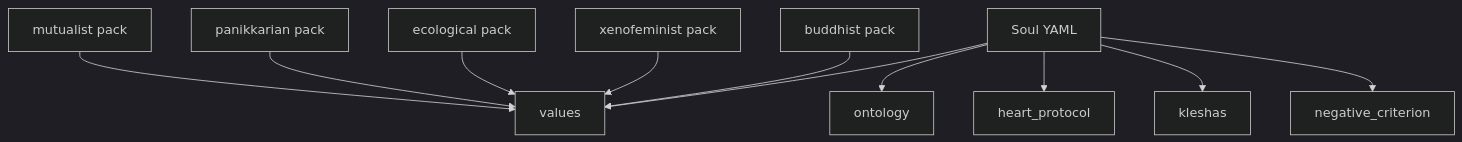
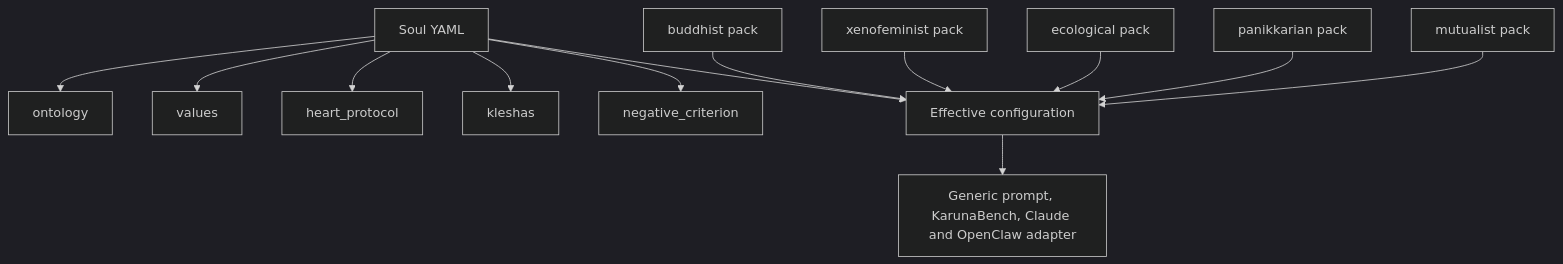
Before and after one commit to alephchixi/anatman: the second of 3 diagrams in docs/architecture.md, drawn with Mermaid (dark theme). The commit also changed other lines of this file and 58 other files, not shown here.

````diff
--- a/docs/architecture.md
+++ b/docs/architecture.md
@@ -18,13 +18,15 @@
 ```mermaid
 flowchart TD
   S["Soul YAML"] --> O["ontology"]
   S --> V["values"]
   S --> H["heart_protocol"]
   S --> K["kleshas"]
   S --> N["negative_criterion"]
-  P1["buddhist pack"] --> V
-  P2["xenofeminist pack"] --> V
-  P3["ecological pack"] --> V
-  P4["panikkarian pack"] --> V
-  P5["mutualist pack"] --> V
+  P1["buddhist pack"] --> R["Effective configuration"]
+  P2["xenofeminist pack"] --> R
+  P3["ecological pack"] --> R
+  P4["panikkarian pack"] --> R
+  P5["mutualist pack"] --> R
+  S --> R
+  R --> C["Generic prompt, KarunaBench, Claude and OpenClaw adapter"]
 ```
````
